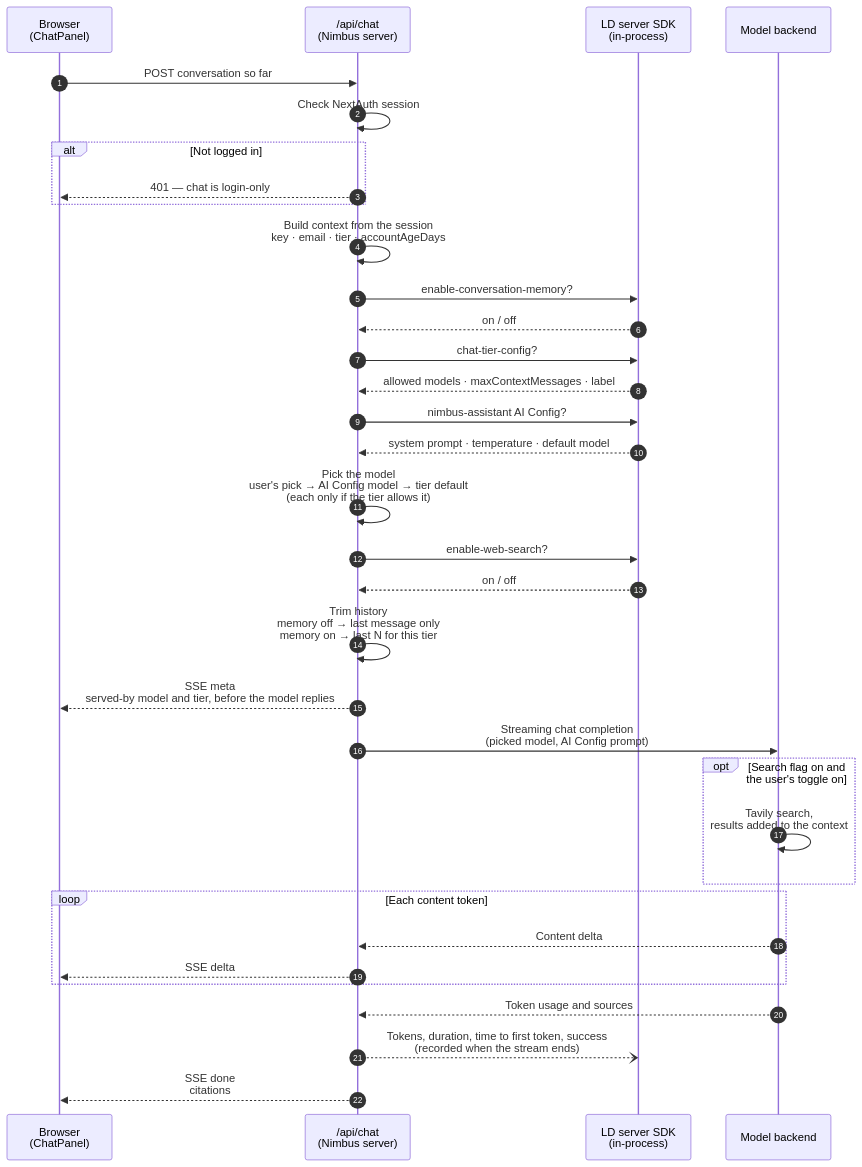
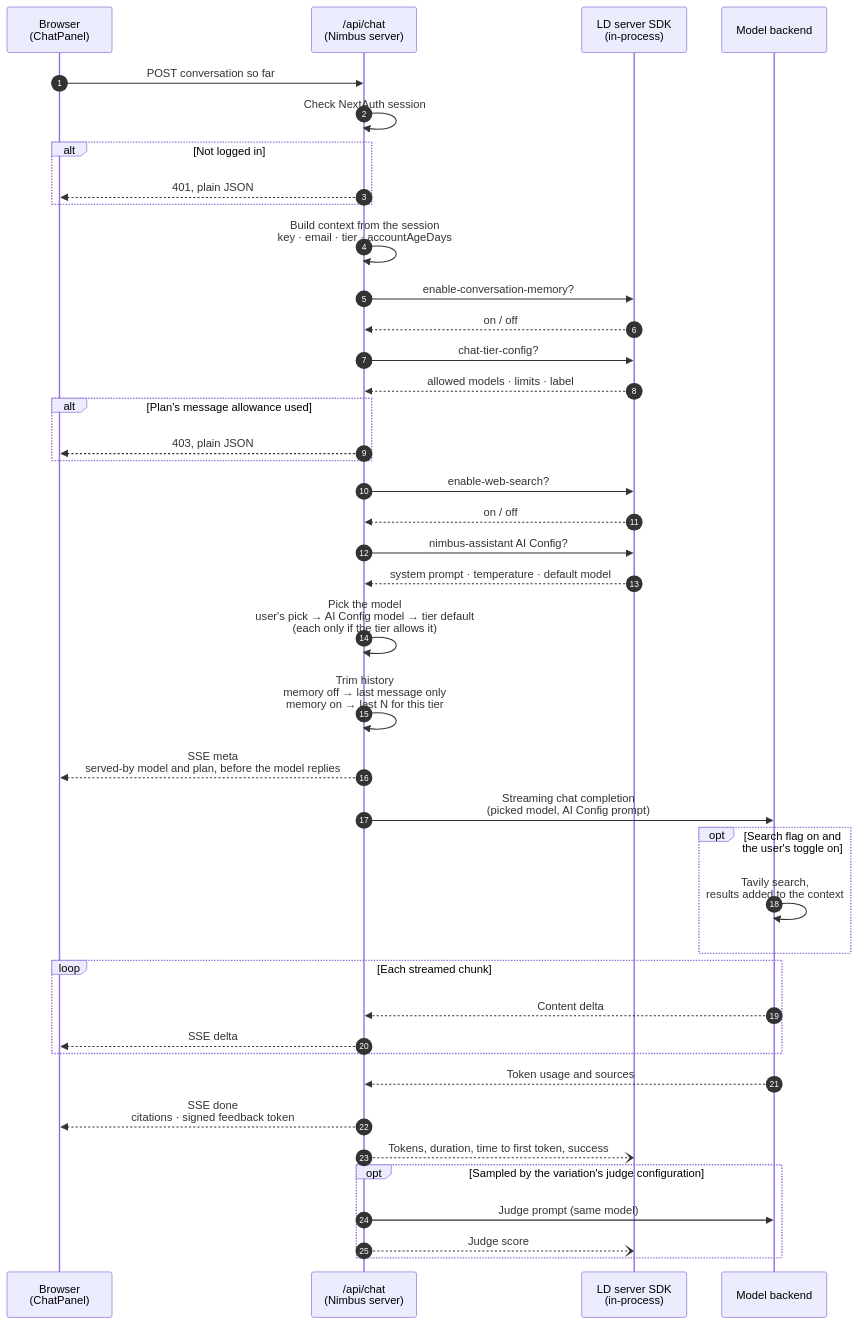
The third of 6 diagrams in docs/ARCHITECTURE.md (hiddenintel-rc/nimbus-ai-sample), drawn with Mermaid before and after one commit. The commit also changed other lines of this file and 3 other files, not shown here.

````diff
--- a/docs/ARCHITECTURE.md
+++ b/docs/ARCHITECTURE.md
@@ -123,40 +114,47 @@
 ```mermaid
 sequenceDiagram
     accTitle: Chat request flow
-    accDescr: The browser posts the conversation to /api/chat. The route checks the session, builds a LaunchDarkly context from it, evaluates the memory flag, the tier flag, the AI Config and the web search flag locally, trims the history, and opens a server-sent event stream. It sends the served-by caption before the model answers, then forwards each token. When the stream ends it records AI metrics and sends citations.
+    accDescr: The browser posts the conversation to /api/chat. The route checks the session, builds a LaunchDarkly context from it, evaluates the memory flag, the tier flag, the web search flag and the AI Config locally, trims the history, and opens a server-sent event stream. It sends the served-by caption before the model answers, then forwards each streamed chunk. When the stream ends it sends citations and a signed feedback token, records AI metrics, and may run a sampled judge.
     autonumber
 
     participant B as Browser<br/>(ChatPanel)
     participant R as /api/chat<br/>(Nimbus server)
     participant SDK as LD server SDK<br/>(in-process)
     participant M as Model backend
 
     B->>R: POST conversation so far
     R->>R: Check NextAuth session
     alt Not logged in
-        R-->>B: 401 — chat is login-only
+        R-->>B: 401, plain JSON
     end
     R->>R: Build context from the session<br/>key · email · tier · accountAgeDays
     R->>SDK: enable-conversation-memory?
     SDK-->>R: on / off
     R->>SDK: chat-tier-config?
-    SDK-->>R: allowed models · maxContextMessages · label
+    SDK-->>R: allowed models · limits · label
+    alt Plan's message allowance used
+        R-->>B: 403, plain JSON
+    end
+    R->>SDK: enable-web-search?
+    SDK-->>R: on / off
     R->>SDK: nimbus-assistant AI Config?
     SDK-->>R: system prompt · temperature · default model
     R->>R: Pick the model<br/>user's pick → AI Config model → tier default<br/>(each only if the tier allows it)
-    R->>SDK: enable-web-search?
-    SDK-->>R: on / off
     R->>R: Trim history<br/>memory off → last message only<br/>memory on → last N for this tier
-    R-->>B: SSE meta<br/>served-by model and tier, before the model replies
+    R-->>B: SSE meta<br/>served-by model and plan, before the model replies
     R->>M: Streaming chat completion<br/>(picked model, AI Config prompt)
     opt Search flag on and the user's toggle on
         M->>M: Tavily search,<br/>results added to the context
     end
-    loop Each content token
+    loop Each streamed chunk
         M-->>R: Content delta
         R-->>B: SSE delta
     end
     M-->>R: Token usage and sources
-    R--)SDK: Tokens, duration, time to first token, success<br/>(recorded when the stream ends)
-    R-->>B: SSE done<br/>citations
+    R-->>B: SSE done<br/>citations · signed feedback token
+    R--)SDK: Tokens, duration, time to first token, success
+    opt Sampled by the variation's judge configuration
+        R->>M: Judge prompt (same model)
+        R--)SDK: Judge score
+    end
 ```
````
